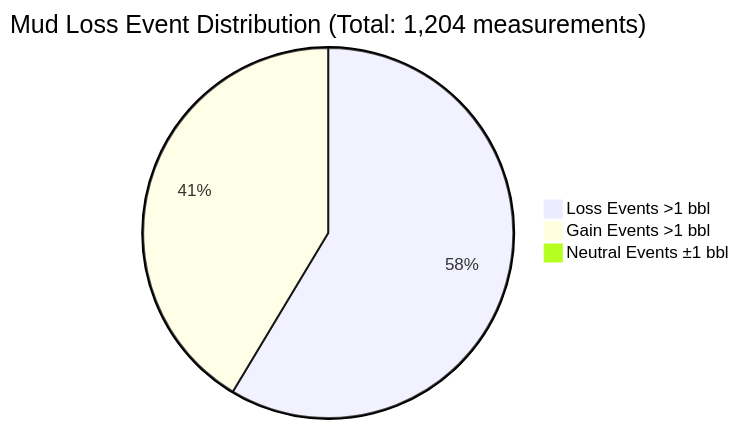
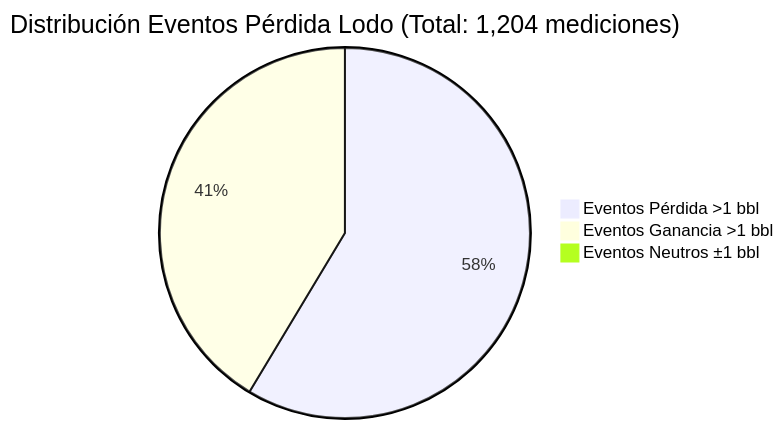
Before and after one commit to wonder-dmercadal/PublicReports: diagram 13 of 13 in PAE_Report.md, drawn with Mermaid. The commit also changed other lines of this file, not shown here.

````diff
--- a/PAE_Report.md
+++ b/PAE_Report.md
@@ -390,6 +334,6 @@
 ```mermaid
-pie title Mud Loss Event Distribution (Total: 1,204 measurements)
-    "Loss Events >1 bbl" : 701
-    "Gain Events >1 bbl" : 495
-    "Neutral Events ±1 bbl" : 8
+pie title Distribución Eventos Pérdida Lodo (Total: 1,204 mediciones)
+    "Eventos Pérdida >1 bbl" : 701
+    "Eventos Ganancia >1 bbl" : 495
+    "Eventos Neutros ±1 bbl" : 8
 ```
````
